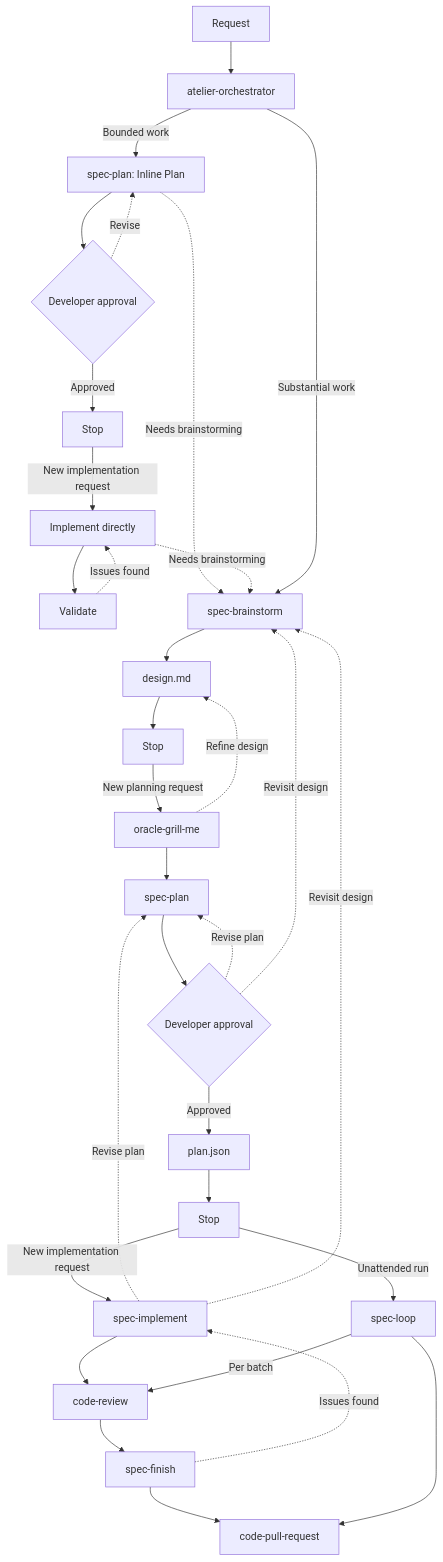
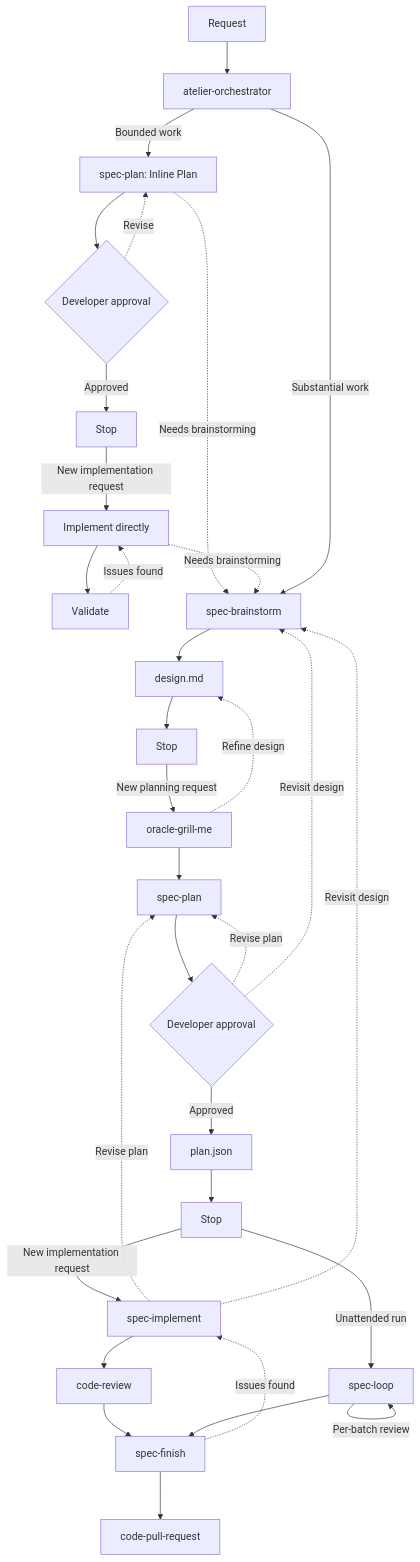
One commit to martinffx/atelier changed the diagram in README.md. Above: the diagram before and after it, drawn with Mermaid. The commit also changed other lines of this file and 5 other files, not shown here.

First line of the commit message:
refactor(skills): make spec-loop unattended with a per-batch review gate

````diff
--- a/README.md
+++ b/README.md
@@ -36,37 +36,37 @@
 ```mermaid
 flowchart TD
     R[Request] --> O[atelier-orchestrator]
 
     O -->|Bounded work| IP[spec-plan: Inline Plan]
     IP --> IA{Developer approval}
     IA -->|Approved| IS[Stop]
     IA -.->|Revise| IP
 
     IS -->|New implementation request| I[Implement directly]
     I --> V[Validate]
     V -.->|Issues found| I
     IP -.->|Needs brainstorming| B
     I -.->|Needs brainstorming| B
 
     O -->|Substantial work| B[spec-brainstorm]
     B --> D[design.md]
     D --> BS[Stop]
     BS -->|New planning request| G[oracle-grill-me]
     G --> P[spec-plan]
     G -.->|Refine design| D
     P --> SA{Developer approval}
     SA -->|Approved| J[plan.json]
     SA -.->|Revise plan| P
     SA -.->|Revisit design| B
     J --> PS[Stop]
     PS -->|New implementation request| SI[spec-implement]
     SI --> CR[code-review]
     CR --> F[spec-finish]
     F --> PR[code-pull-request]
     PS -->|Unattended run| SL[spec-loop]
-    SL -->|Per batch| CR
-    SL --> PR
+    SL -->|Per-batch review| SL
+    SL --> F
     SI -.->|Revise plan| P
     SI -.->|Revisit design| B
     F -.->|Issues found| SI
 ```
````
